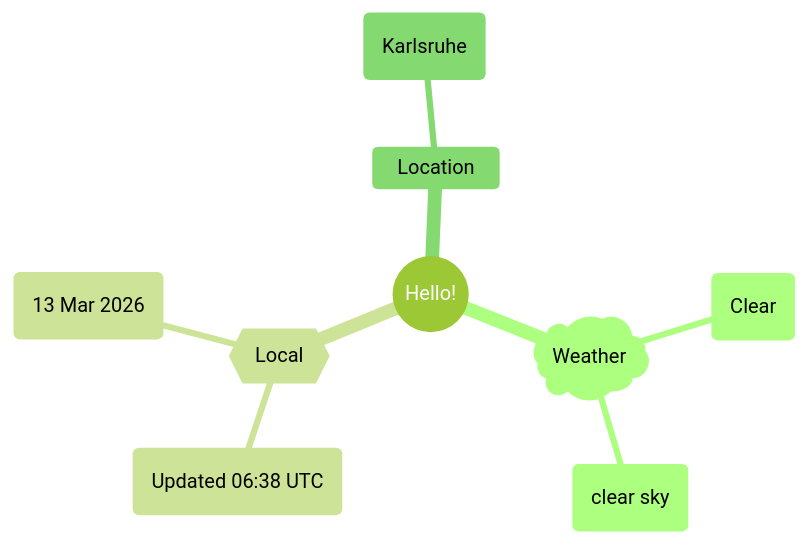
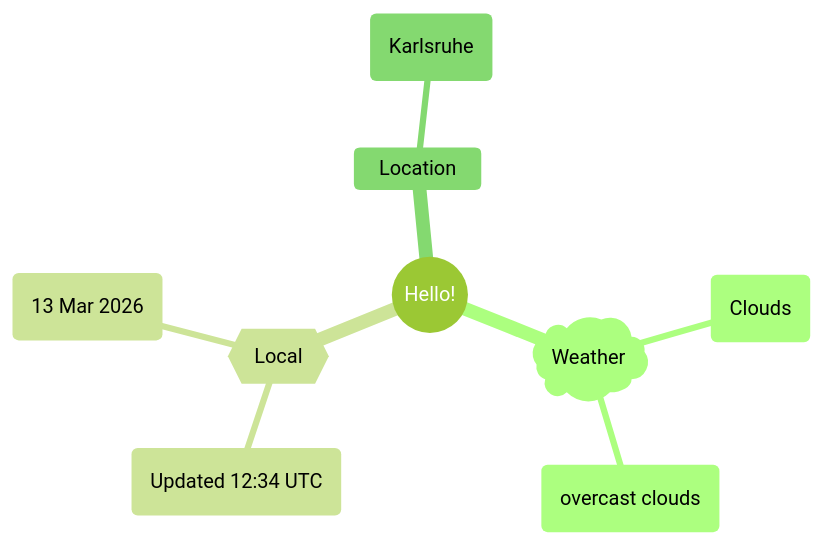
One commit to Xosrov/Xosrov changed the first of 2 diagrams in README.md. Above: the diagram before and after it, drawn with Mermaid (forest theme).

Commit message:
[bot] updated images

````diff
--- a/README.md
+++ b/README.md
@@ -3,12 +3,12 @@
 ```mermaid
 mindmap
   root((Hello!))
     )Weather(
-        (Clear)
-        (clear sky)
+        (Clouds)
+        (overcast clouds)
     {{Local}}
-        (Updated 06:38 UTC)
+        (Updated 12:34 UTC)
         (13 Mar 2026)
     Location
         (Karlsruhe)
 ```
````
